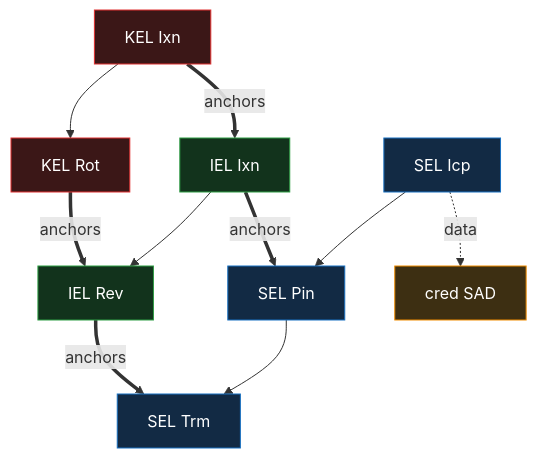
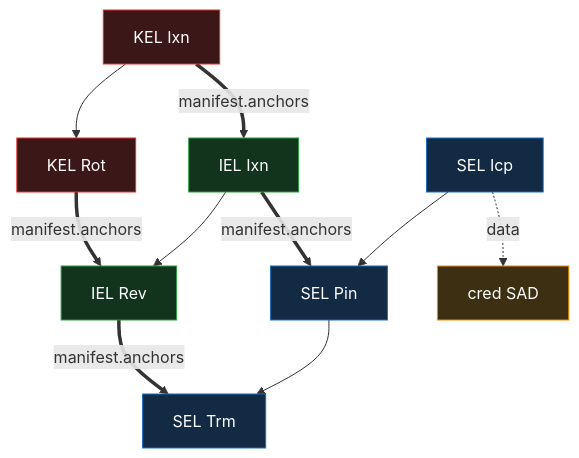
The seventh of 7 diagrams in docs/design/primitives/data/event-logs/event-shape.md (jasoncolburne/vdti), drawn with Mermaid before and after one commit. The commit also changed other lines of this file and 5 other files, not shown here.

````diff
--- a/docs/design/primitives/data/event-logs/event-shape.md
+++ b/docs/design/primitives/data/event-logs/event-shape.md
@@ -630,16 +630,16 @@
 ```mermaid
 flowchart TB
   kIxn["KEL Ixn"]:::kel --> kRot["KEL Rot"]:::kel
   iIxn["IEL Ixn"]:::iel --> iRev["IEL Rev"]:::iel
   sIcp["SEL Icp"]:::sel --> sPin["SEL Pin"]:::sel --> sTrm["SEL Trm"]:::sel
   Cred["cred SAD"]:::doc
-  kIxn ==>|anchors| iIxn
-  kRot ==>|anchors| iRev
-  iIxn ==>|anchors| sPin
-  iRev ==>|anchors| sTrm
+  kIxn ==>|manifest.anchors| iIxn
+  kRot ==>|manifest.anchors| iRev
+  iIxn ==>|manifest.anchors| sPin
+  iRev ==>|manifest.anchors| sTrm
   sIcp -.->|data| Cred
   classDef kel fill:#3b1717,stroke:#e03131,color:#fff
   classDef iel fill:#12331c,stroke:#2f9e44,color:#fff
   classDef sel fill:#122a44,stroke:#1971c2,color:#fff
   classDef doc fill:#3d2f12,stroke:#f08c00,color:#fff
 ```
````
